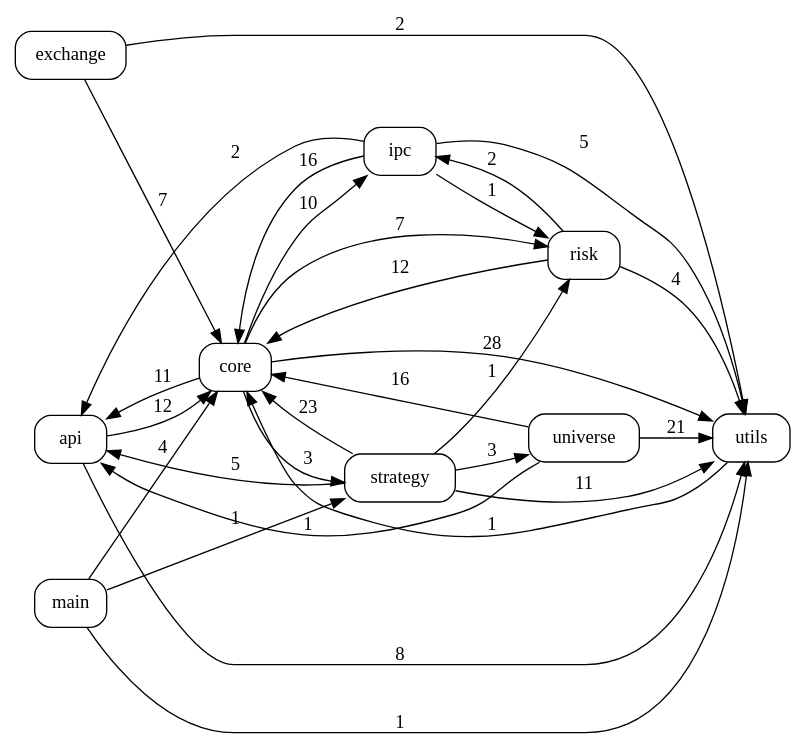
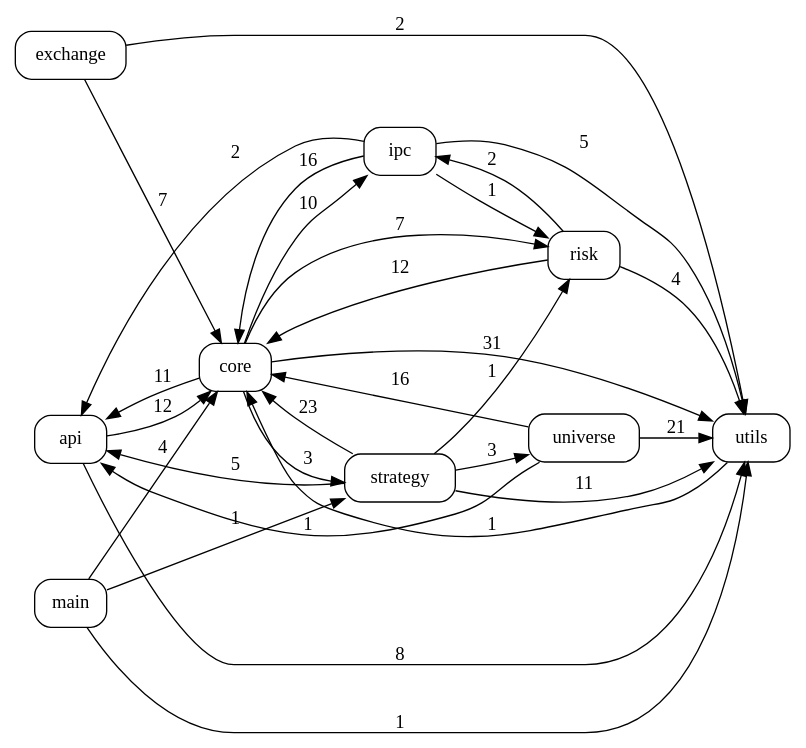
Before and after one commit to pypy8171/Quant: the diagram in docs/code_graph.dot, drawn with Graphviz. The commit also changed 12 other files, not shown here.

```diff
--- a/docs/code_graph.dot
+++ b/docs/code_graph.dot
@@ -1,41 +1,41 @@
 digraph code_graph {
   rankdir=LR;
   node [shape=box, style=rounded, fontname="Consolas"];
   "api";
   "core";
   "exchange";
   "ipc";
   "main";
   "risk";
   "strategy";
   "universe";
   "utils";
   "api" -> "core" [label="12"];
   "api" -> "utils" [label="8"];
   "core" -> "api" [label="11"];
   "core" -> "ipc" [label="10"];
   "core" -> "risk" [label="7"];
   "core" -> "strategy" [label="3"];
-  "core" -> "utils" [label="28"];
+  "core" -> "utils" [label="31"];
   "exchange" -> "core" [label="7"];
   "exchange" -> "utils" [label="2"];
   "ipc" -> "api" [label="2"];
   "ipc" -> "core" [label="16"];
   "ipc" -> "risk" [label="1"];
   "ipc" -> "utils" [label="5"];
   "main" -> "core" [label="4"];
   "main" -> "strategy" [label="1"];
   "main" -> "utils" [label="1"];
   "risk" -> "core" [label="12"];
   "risk" -> "ipc" [label="2"];
   "risk" -> "utils" [label="4"];
   "strategy" -> "api" [label="5"];
   "strategy" -> "core" [label="23"];
   "strategy" -> "risk" [label="1"];
   "strategy" -> "universe" [label="3"];
   "strategy" -> "utils" [label="11"];
   "universe" -> "api" [label="1"];
   "universe" -> "core" [label="16"];
   "universe" -> "utils" [label="21"];
   "utils" -> "core" [label="1"];
 }
```
